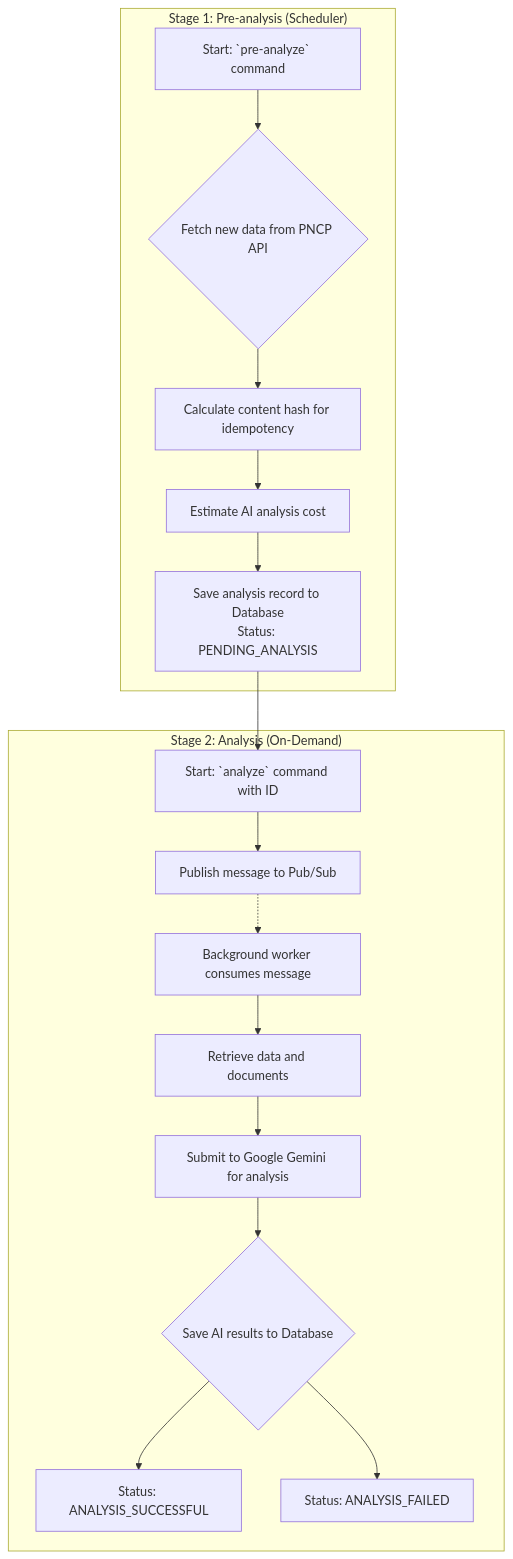
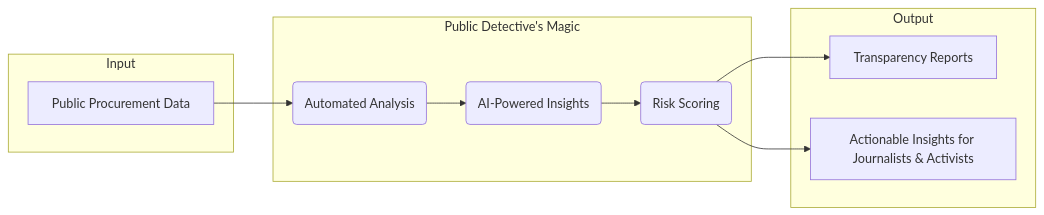
Before and after one commit to hunsche/public-detective: the diagram in README.md, drawn with Mermaid. The commit also changed other lines of this file and 1 other file, not shown here.

Commit message:
refactor(docs): improve readme diagram and contributing guide
- Moves the detailed architecture diagram from `README.md` to `CONTRIBUTING.md` under a new 'Workflow Overview' section. This makes the diagram available to contributors without cluttering the main README.
- Replaces the architecture diagram in `README.md` with a new high-level, business-focused diagram that simplifies the system's value proposition for a general audience.
- Centers the contact information table in `README.md` for better visual presentation.

````diff
--- a/README.md
+++ b/README.md
@@ -47,22 +47,23 @@
 ```mermaid
-graph TD
-    subgraph "Stage 1: Pre-analysis (Scheduler)"
-        A[Start: `pre-analyze` command] --> B{Fetch new data from PNCP API};
-        B --> C[Calculate content hash for idempotency];
-        C --> D[Estimate AI analysis cost];
-        D --> E[Save analysis record to Database<br>Status: PENDING_ANALYSIS];
+graph LR
+    subgraph "Input"
+        A[Public Procurement Data]
     end
 
-    E --> F[Start: `analyze` command with ID]
-
-    subgraph "Stage 2: Analysis (On-Demand)"
-        F --> G[Publish message to Pub/Sub];
-        H[Background worker consumes message] --> I[Retrieve data and documents];
-        I --> J[Submit to Google Gemini for analysis];
-        J --> K{Save AI results to Database};
-        K --> L[Status: ANALYSIS_SUCCESSFUL];
-        K --> M[Status: ANALYSIS_FAILED];
+    subgraph "Public Detective's Magic"
+        B(Automated Analysis)
+        C(AI-Powered Insights)
+        D(Risk Scoring)
     end
 
-    G -.-> H;
+    subgraph "Output"
+        E[Transparency Reports]
+        F[Actionable Insights for Journalists & Activists]
+    end
+
+    A --> B;
+    B --> C;
+    C --> D;
+    D --> E;
+    D --> F;
 ```
````
